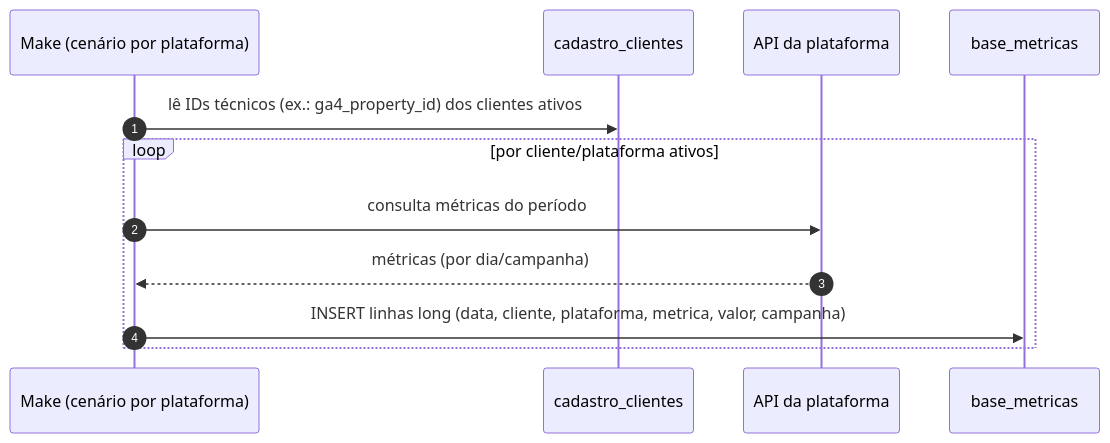
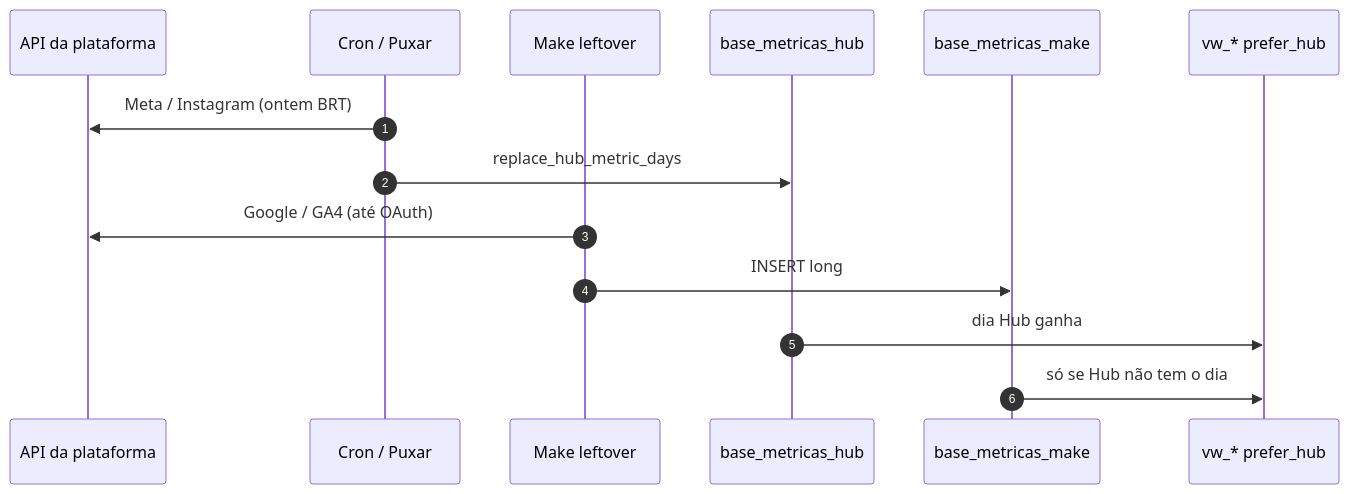
One commit to Lots-BI/supabase-magic-portal changed the diagram in docs/07-integrations/integrations.md. Above: the diagram before and after it, drawn with Mermaid. The commit also changed other lines of this file and 57 other files, not shown here.

First line of the commit message:
fix: alinhar Resultados do Meta Ads ao Gerenciador e listar as métricas oficiais

````diff
--- a/docs/07-integrations/integrations.md
+++ b/docs/07-integrations/integrations.md
@@ -65,15 +58,17 @@
 ```mermaid
 sequenceDiagram
     autonumber
-    participant Make as Make (cenário por plataforma)
-    participant CAD as cadastro_clientes
     participant API as API da plataforma
-    participant BM as base_metricas
+    participant Hub as Cron / Puxar
+    participant Make as Make leftover
+    participant H as base_metricas_hub
+    participant M as base_metricas_make
+    participant V as vw_* prefer_hub
 
-    Make->>CAD: lê IDs técnicos (ex.: ga4_property_id) dos clientes ativos
-    loop por cliente/plataforma ativos
-        Make->>API: consulta métricas do período
-        API-->>Make: métricas (por dia/campanha)
-        Make->>BM: INSERT linhas long (data, cliente, plataforma, metrica, valor, campanha)
-    end
+    Hub->>API: Meta / Instagram (ontem BRT)
+    Hub->>H: replace_hub_metric_days
+    Make->>API: Google / GA4 (até OAuth)
+    Make->>M: INSERT long
+    H->>V: dia Hub ganha
+    M->>V: só se Hub não tem o dia
 ```
````
